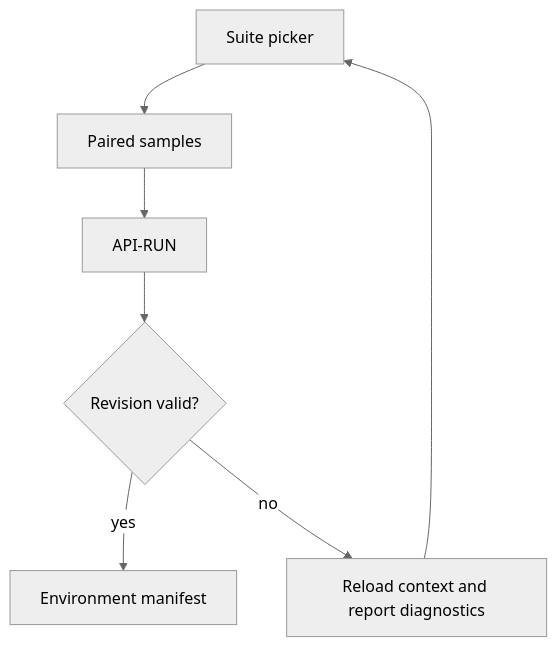
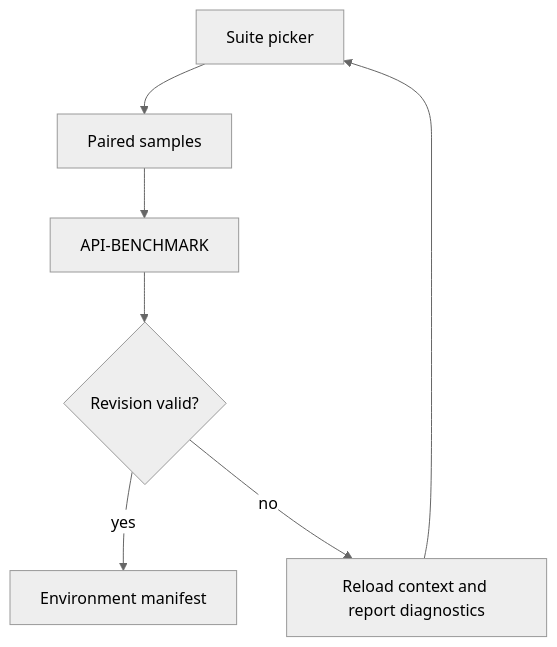
The first of 2 diagrams in docs/design/studio/UI19.md (ameenalqershi/wow-decision-intelligence), drawn with Mermaid (neutral theme) before and after one commit. The commit also changed other lines of this file and 15 other files, not shown here.

````diff
--- a/docs/design/studio/UI19.md
+++ b/docs/design/studio/UI19.md
@@ -22,9 +22,9 @@
 ```mermaid
 flowchart TD
   S["Suite picker"] --> W["Paired samples"]
-  W --> A["API-RUN"]
+  W --> A["API-BENCHMARK"]
   A --> V{"Revision valid?"}
   V -->|yes| I["Environment manifest"]
   V -->|no| R["Reload context and report diagnostics"]
   R --> S
 ```
````
